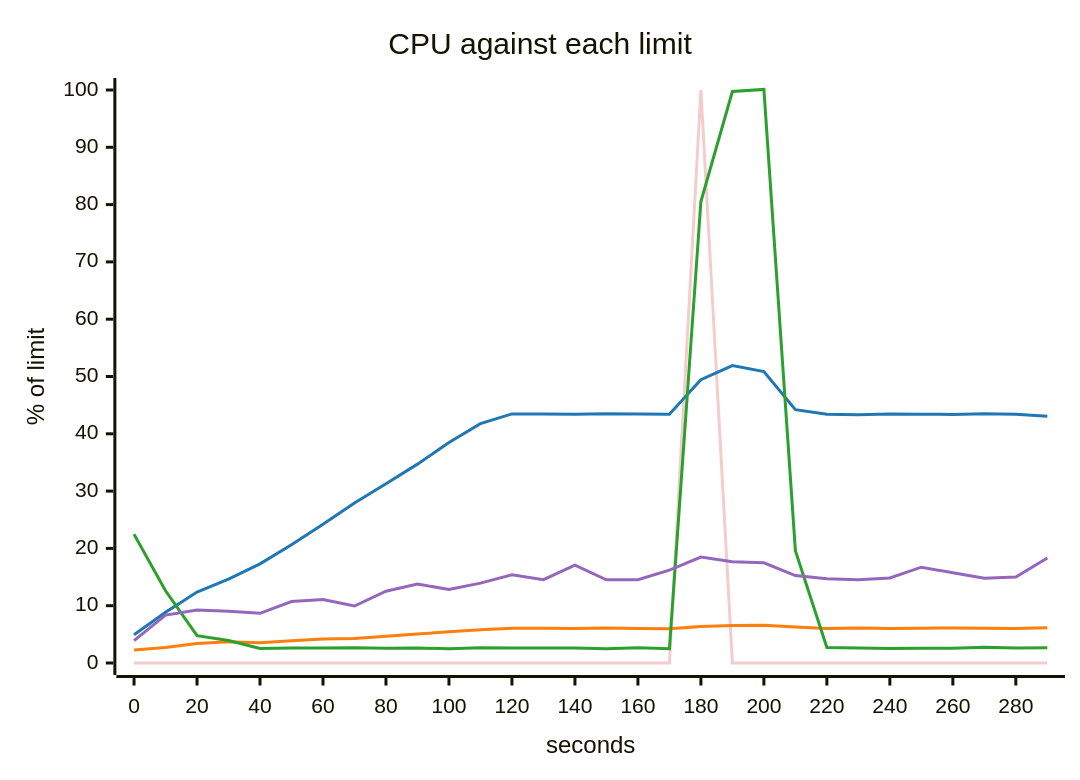
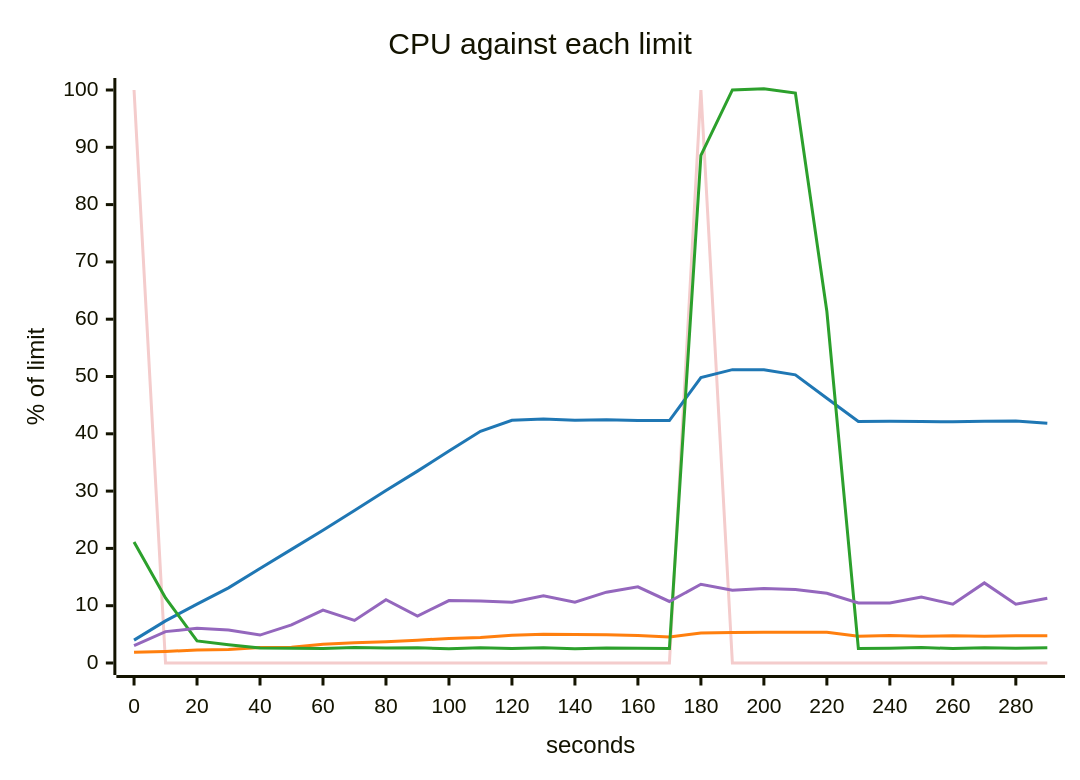
One commit to akinfemi/load-lore changed the fifth of 5 diagrams in scenarios/cache-restart/solutions/coalesce/report.md. Above: the diagram before and after it, drawn with Mermaid. The commit also changed other lines of this file and 49 other files, not shown here.

````diff
--- a/scenarios/cache-restart/solutions/coalesce/report.md
+++ b/scenarios/cache-restart/solutions/coalesce/report.md
@@ -107,18 +106,18 @@
 ```mermaid
 ---
 config:
   themeVariables:
     xyChart:
       backgroundColor: "transparent"
       plotColorPalette: "#f4cccc, #1f77b4, #ff7f0e, #2ca02c, #9467bd"
 ---
 xychart-beta
     title "CPU against each limit"
     x-axis "seconds" 0 --> 290
     y-axis "% of limit" 0 --> 100
-    line [0, 0, 0, 0, 0, 0, 0, 0, 0, 0, 0, 0, 0, 0, 0, 0, 0, 0, 100, 0, 0, 0, 0, 0, 0, 0, 0, 0, 0, 0]
-    line [4.935, 8.85, 12.373, 14.638, 17.3, 20.625, 24.222, 27.936, 31.293, 34.705, 38.478, 41.773, 43.474, 43.443, 43.406, 43.484, 43.439, 43.427, 49.45, 51.903, 50.857, 44.214, 43.418, 43.326, 43.435, 43.407, 43.383, 43.498, 43.421, 43.073]
-    line [2.248, 2.705, 3.419, 3.689, 3.515, 3.904, 4.176, 4.287, 4.65, 5.045, 5.452, 5.816, 6.075, 6.081, 6.039, 6.106, 6.014, 5.968, 6.382, 6.537, 6.601, 6.293, 6.011, 6.125, 6.03, 6.076, 6.12, 6.066, 6.023, 6.166]
-    line [22.452, 12.607, 4.769, 3.929, 2.537, 2.625, 2.605, 2.649, 2.563, 2.606, 2.493, 2.642, 2.616, 2.624, 2.607, 2.484, 2.644, 2.479, 80.539, 99.738, 100.107, 19.614, 2.703, 2.63, 2.549, 2.572, 2.588, 2.744, 2.635, 2.642]
-    line [3.912, 8.362, 9.252, 9.044, 8.665, 10.731, 11.066, 9.942, 12.531, 13.791, 12.822, 13.941, 15.401, 14.533, 17.073, 14.53, 14.52, 16.195, 18.49, 17.667, 17.495, 15.252, 14.685, 14.534, 14.852, 16.72, 15.748, 14.8, 15.002, 18.314]
+    line [100, 0, 0, 0, 0, 0, 0, 0, 0, 0, 0, 0, 0, 0, 0, 0, 0, 0, 100, 0, 0, 0, 0, 0, 0, 0, 0, 0, 0, 0]
+    line [3.997, 7.343, 10.281, 13.119, 16.498, 19.826, 23.178, 26.606, 30.093, 33.487, 36.993, 40.428, 42.353, 42.577, 42.364, 42.453, 42.304, 42.303, 49.802, 51.196, 51.194, 50.285, 46.197, 42.158, 42.183, 42.133, 42.11, 42.17, 42.24, 41.853]
+    line [1.861, 2.018, 2.265, 2.349, 2.713, 2.761, 3.259, 3.516, 3.708, 3.981, 4.294, 4.433, 4.832, 5.022, 4.965, 4.915, 4.82, 4.539, 5.222, 5.335, 5.352, 5.366, 5.351, 4.685, 4.779, 4.666, 4.757, 4.671, 4.752, 4.757]
+    line [21.121, 11.361, 3.852, 3.186, 2.634, 2.585, 2.548, 2.714, 2.602, 2.654, 2.506, 2.674, 2.531, 2.649, 2.488, 2.628, 2.573, 2.535, 88.593, 100.02, 100.201, 99.462, 61.34, 2.517, 2.582, 2.691, 2.531, 2.641, 2.56, 2.651]
+    line [3.037, 5.478, 6.047, 5.739, 4.876, 6.653, 9.22, 7.438, 11.04, 8.199, 10.9, 10.823, 10.599, 11.739, 10.62, 12.361, 13.302, 10.736, 13.738, 12.708, 12.999, 12.818, 12.167, 10.479, 10.482, 11.53, 10.263, 13.979, 10.262, 11.305]
 ```
````
